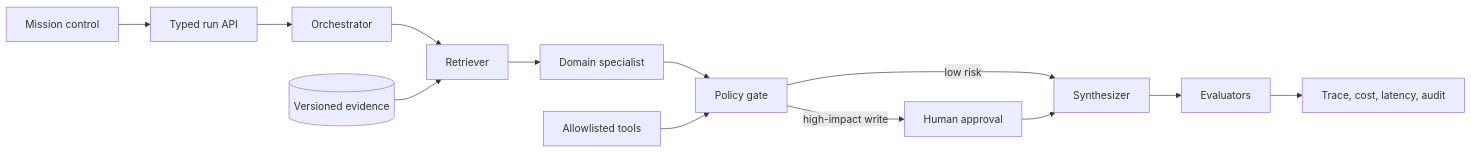
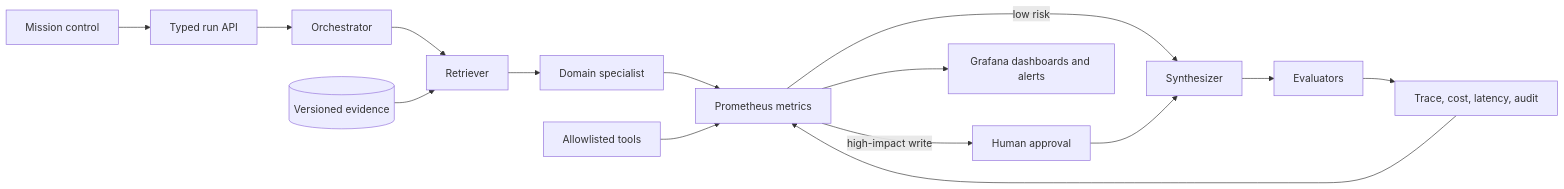
The diagram in README.md (RoUchiha/agentic-ai-engineering-lab), drawn with Mermaid before and after one commit. The commit also changed other lines of this file and 25 other files, not shown here.

````diff
--- a/README.md
+++ b/README.md
@@ -62,15 +91,17 @@
 ```mermaid
 flowchart LR
     UI[Mission control] --> API[Typed run API]
     API --> O[Orchestrator]
     O --> R[Retriever]
     R --> S[Domain specialist]
     S --> P[Policy gate]
     P -->|low risk| F[Synthesizer]
     P -->|high-impact write| H[Human approval]
     H --> F
     F --> E[Evaluators]
     E --> T[Trace, cost, latency, audit]
+    T --> P[Prometheus metrics]
+    P --> G[Grafana dashboards and alerts]
     D[(Versioned evidence)] --> R
     A[Allowlisted tools] --> P
 ```
````
